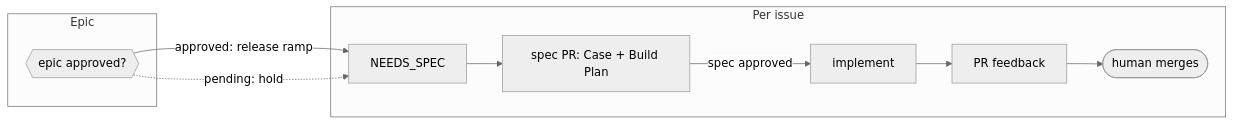
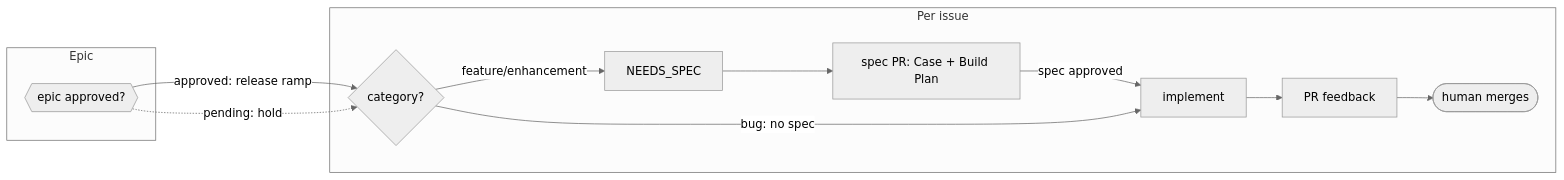
The second of 4 diagrams in docs/contributing/orchestration.md (fixpoint-labs/flow-state-dev), drawn with Mermaid (neutral theme) before and after one commit. The commit also changed other lines of this file and 13 other files, not shown here.

````diff
--- a/docs/contributing/orchestration.md
+++ b/docs/contributing/orchestration.md
@@ -274,13 +323,15 @@
 ```mermaid
 flowchart LR
   subgraph Epic[Epic]
     EO{{epic approved?}}
   end
   subgraph Issue[Per issue]
-    NS[NEEDS_SPEC] --> SPEC[spec PR: Case + Build Plan]
+    RT{category?}
+    RT -->|feature/enhancement| NS[NEEDS_SPEC] --> SPEC[spec PR: Case + Build Plan]
     SPEC -->|spec approved| IMPL[implement]
+    RT -->|bug: no spec| IMPL
     IMPL --> FB[PR feedback] --> MERGE([human merges])
   end
-  EO -->|approved: release ramp| NS
-  EO -.->|pending: hold| NS
+  EO -->|approved: release ramp| RT
+  EO -.->|pending: hold| RT
 ```
````
